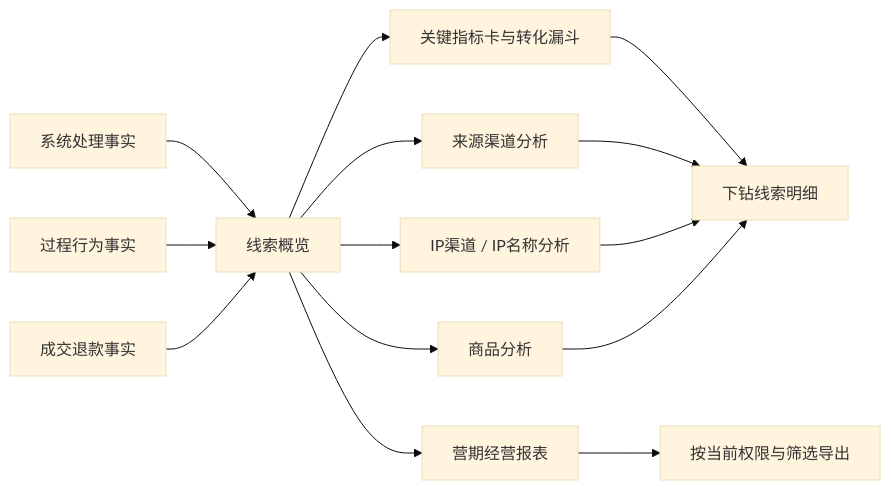
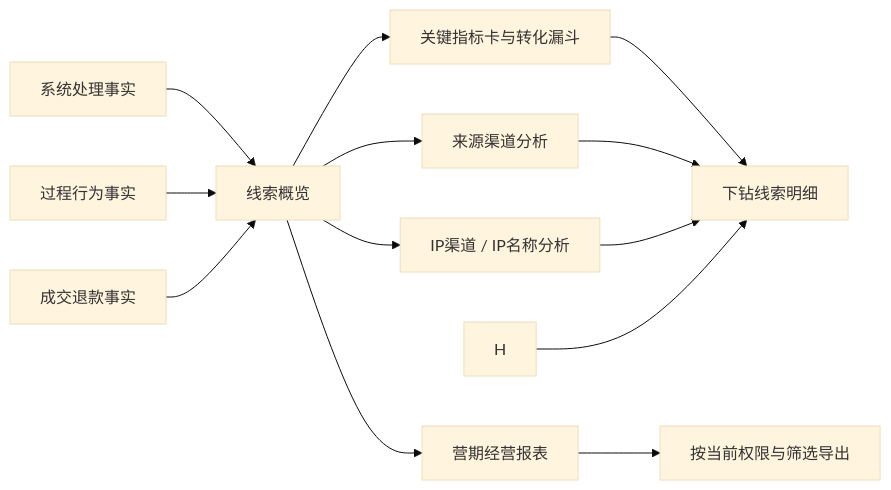
Before and after one commit to freya-pr/heshu-boss-demo: the ninth of 9 diagrams in docs/product/合数BOSS V1.0整体业务流程与关键规则.md, drawn with Mermaid (base theme). The commit also changed other lines of this file and 9 other files, not shown here.

````diff
--- a/docs/product/合数BOSS V1.0整体业务流程与关键规则.md
+++ b/docs/product/合数BOSS V1.0整体业务流程与关键规则.md
@@ -468,16 +468,15 @@
 ```mermaid
 flowchart LR
     A["系统处理事实"] --> D["线索概览"]
     B["过程行为事实"] --> D
     C["成交退款事实"] --> D
     D --> E["关键指标卡与转化漏斗"]
     D --> F["来源渠道分析"]
     D --> G["IP渠道 / IP名称分析"]
-    D --> H["商品分析"]
     D --> I["营期经营报表"]
     E --> J["下钻线索明细"]
     F --> J
     G --> J
     H --> J
     I --> K["按当前权限与筛选导出"]
 ```
````
